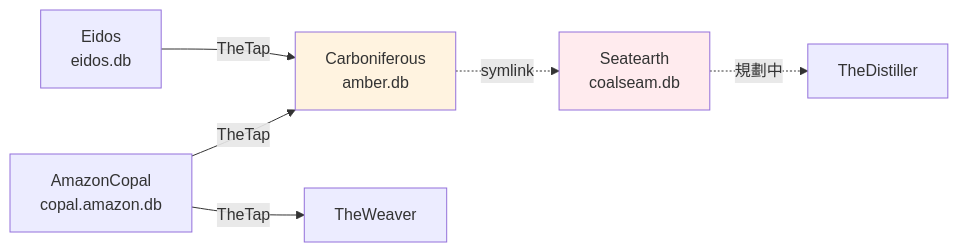
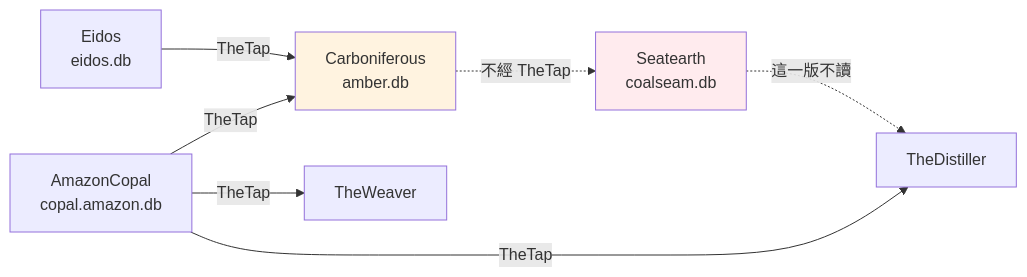
The diagram in projects/alchemymind/carboniferous.md (mapleelpam/LuminNexus-LearningMap), drawn with Mermaid before and after one commit. The commit also changed other lines of this file and 18 other files, not shown here.

````diff
--- a/projects/alchemymind/carboniferous.md
+++ b/projects/alchemymind/carboniferous.md
@@ -76,11 +77,12 @@
 ```mermaid
 graph LR
     CO[AmazonCopal<br/>copal.amazon.db] -->|TheTap| CA[Carboniferous<br/>amber.db]
     EI[Eidos<br/>eidos.db] -->|TheTap| CA
-    CA -.->|symlink| SE[Seatearth<br/>coalseam.db]
-    SE -.->|規劃中| DI[TheDistiller]
+    CA -.->|不經 TheTap| SE[Seatearth<br/>coalseam.db]
+    SE -.->|這一版不讀| DI[TheDistiller]
     CO -->|TheTap| WE[TheWeaver]
+    CO -->|TheTap| DI
 
     style CA fill:#fff3e0
     style SE fill:#ffebee
 ```
````
